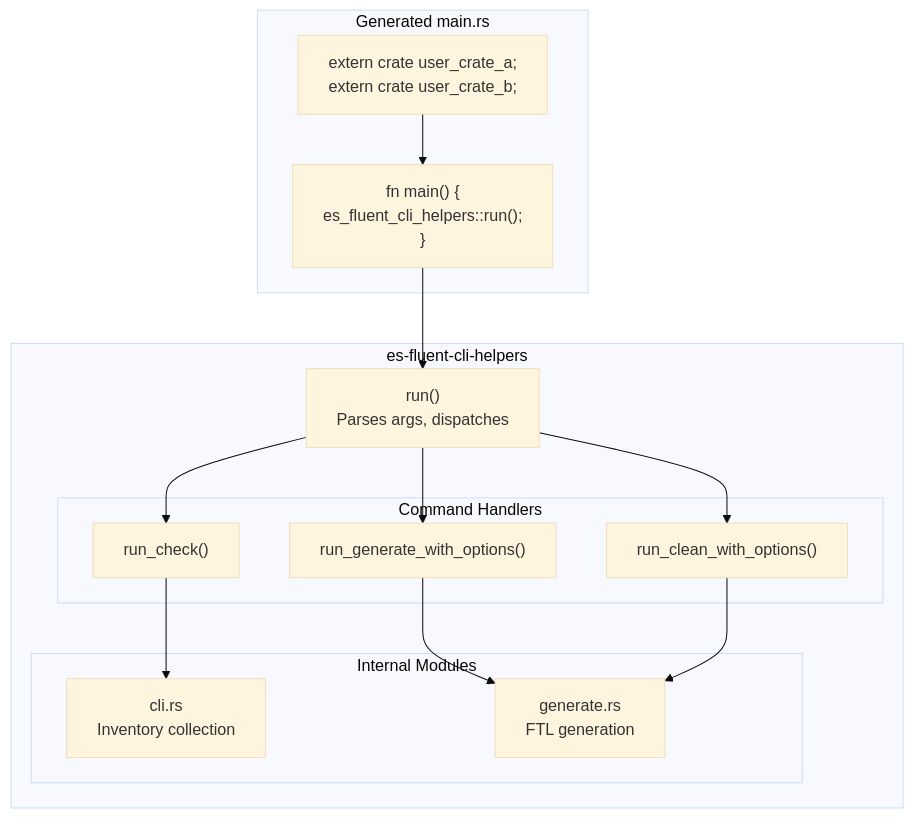
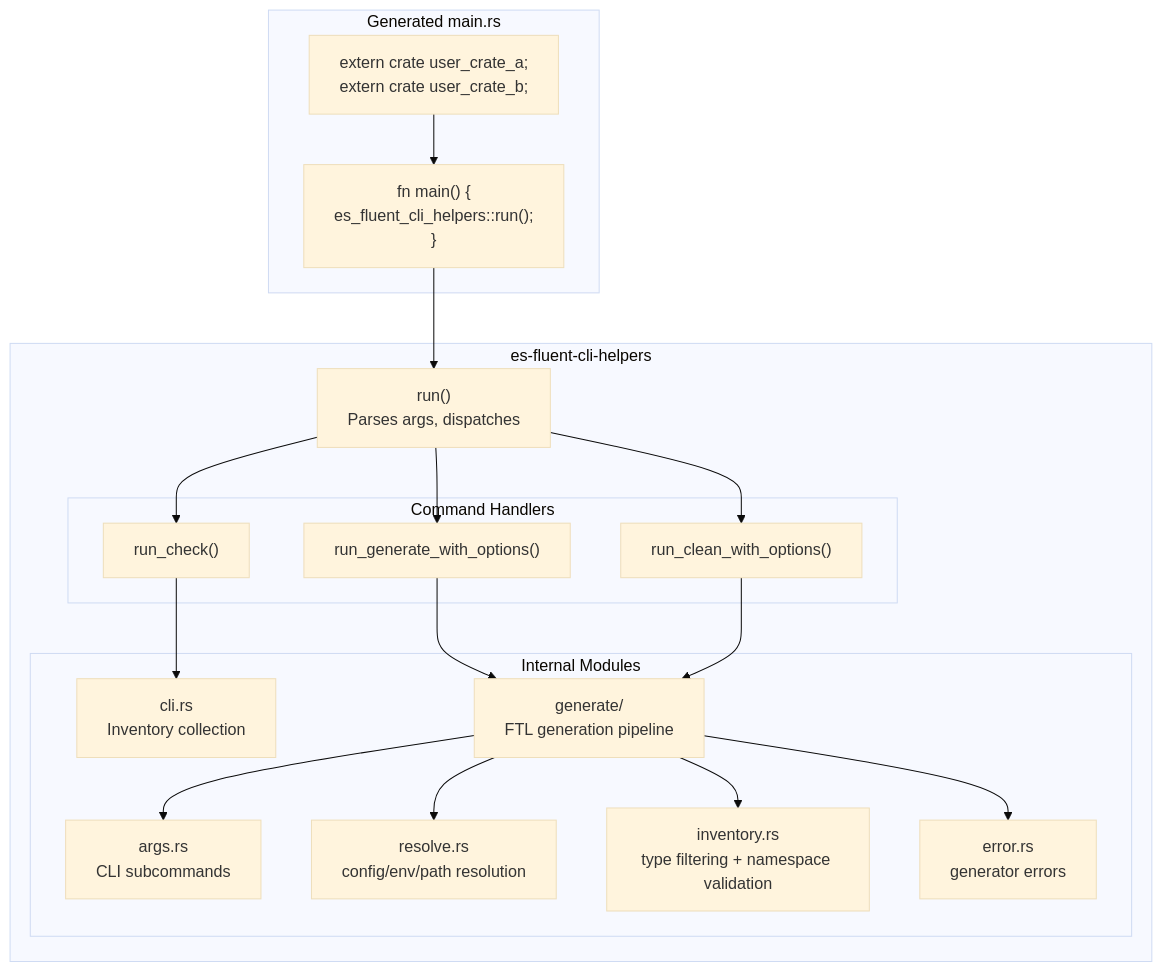
The first of 3 diagrams in crates/es-fluent-cli-helpers/docs/ARCHITECTURE.md (stayhydated/es-fluent), drawn with Mermaid (base theme) before and after one commit. The commit also changed other lines of this file and 138 other files, not shown here.

````diff
--- a/crates/es-fluent-cli-helpers/docs/ARCHITECTURE.md
+++ b/crates/es-fluent-cli-helpers/docs/ARCHITECTURE.md
@@ -11,29 +11,34 @@
 ```mermaid
 flowchart TD
     subgraph GENERATED["Generated main.rs"]
         EXTERN["extern crate user_crate_a;<br/>extern crate user_crate_b;"]
         MAIN["fn main() {<br/>  es_fluent_cli_helpers::run();<br/>}"]
     end
 
     subgraph HELPERS["es-fluent-cli-helpers"]
         RUN["run()<br/>Parses args, dispatches"]
 
         subgraph COMMANDS["Command Handlers"]
             GEN["run_generate_with_options()"]
             CHK["run_check()"]
             CLN["run_clean_with_options()"]
         end
 
         subgraph MODULES["Internal Modules"]
             CLI["cli.rs<br/>Inventory collection"]
-            GENMOD["generate.rs<br/>FTL generation"]
+            GENMOD["generate/<br/>FTL generation pipeline"]
+            GENARGS["args.rs<br/>CLI subcommands"]
+            GENRESOLVE["resolve.rs<br/>config/env/path resolution"]
+            GENINV["inventory.rs<br/>type filtering + namespace validation"]
+            GENERR["error.rs<br/>generator errors"]
         end
     end
 
     EXTERN --> MAIN
     MAIN --> RUN
     RUN --> GEN & CHK & CLN
     GEN --> GENMOD
     CHK --> CLI
     CLN --> GENMOD
+    GENMOD --> GENARGS & GENRESOLVE & GENINV & GENERR
 ```
````
